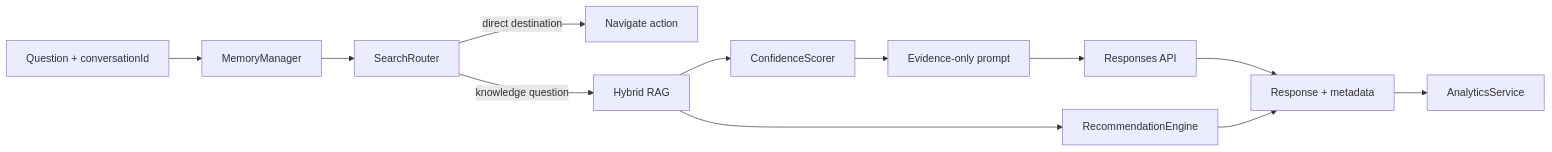
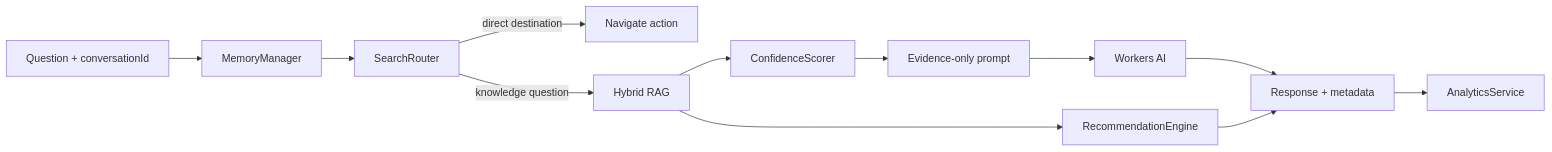
The diagram in chat-worker/docs/INTELLIGENCE_LAYER.md (mantoshkumar1/mantoshkumar1.github.io), drawn with Mermaid before and after one commit. The commit also changed other lines of this file and 58 other files, not shown here.

````diff
--- a/chat-worker/docs/INTELLIGENCE_LAYER.md
+++ b/chat-worker/docs/INTELLIGENCE_LAYER.md
@@ -7,14 +7,14 @@
 ```mermaid
 flowchart LR
   Q["Question + conversationId"] --> M["MemoryManager"]
   M --> R["SearchRouter"]
   R -->|direct destination| N["Navigate action"]
   R -->|knowledge question| K["Hybrid RAG"]
   K --> C["ConfidenceScorer"]
   C --> P["Evidence-only prompt"]
-  P --> G["Responses API"]
+  P --> G["Workers AI"]
   K --> RE["RecommendationEngine"]
   G --> O["Response + metadata"]
   RE --> O
   O --> A["AnalyticsService"]
 ```
````
